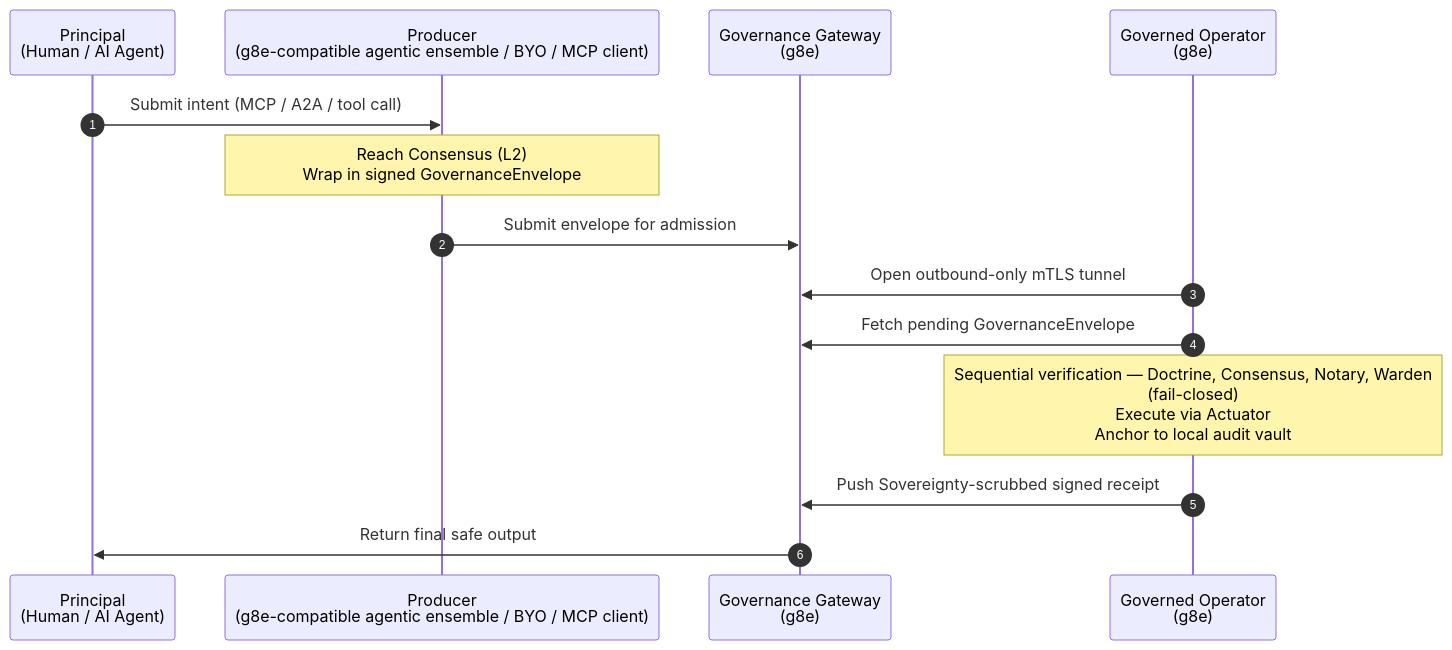
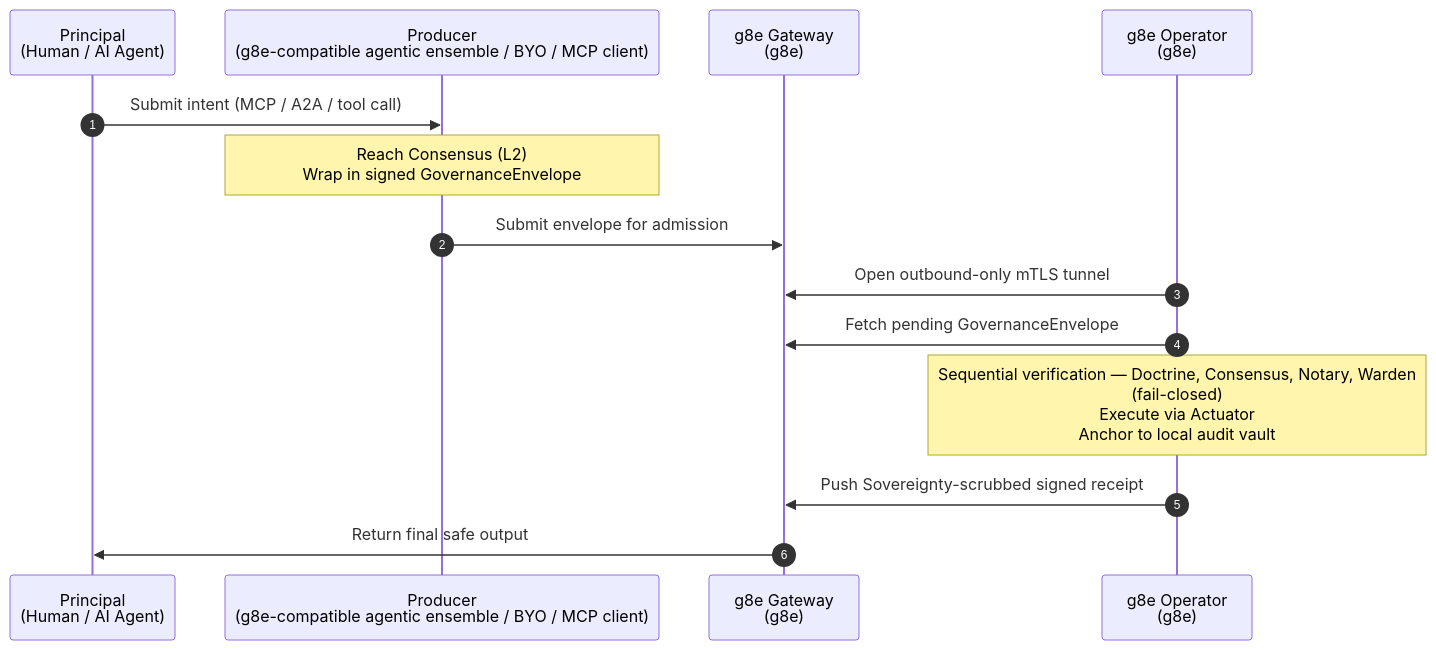
One commit to g8e-ai/g8e changed the second of 3 diagrams in README.md. Above: the diagram before and after it, drawn with Mermaid. The commit also changed other lines of this file and 130 other files, not shown here.

````diff
--- a/README.md
+++ b/README.md
@@ -197,20 +207,20 @@
 ```mermaid
 sequenceDiagram
     autonumber
     participant Principal as Principal<br/>(Human / AI Agent)
     participant Ensemble as Producer<br/>(g8e-compatible agentic ensemble / BYO / MCP client)
-    participant Gateway as Governance Gateway<br/>(g8e)
-    participant Operator as Governed Operator<br/>(g8e)
+    participant Gateway as g8e Gateway<br/>(g8e)
+    participant Operator as g8e Operator<br/>(g8e)
 
     Principal->>Ensemble: Submit intent (MCP / A2A / tool call)
     Note over Ensemble: Reach Consensus (L2)<br/>Wrap in signed GovernanceEnvelope
     Ensemble->>Gateway: Submit envelope for admission
 
     Operator->>Gateway: Open outbound-only mTLS tunnel
     Operator->>Gateway: Fetch pending GovernanceEnvelope
 
     Note over Operator: Sequential verification — Doctrine, Consensus, Notary, Warden<br/>(fail-closed)<br/>Execute via Actuator<br/>Anchor to local audit vault
 
     Operator->>Gateway: Push Sovereignty-scrubbed signed receipt
     Gateway->>Principal: Return final safe output
 ```
````
